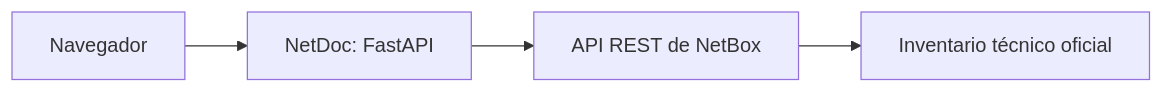
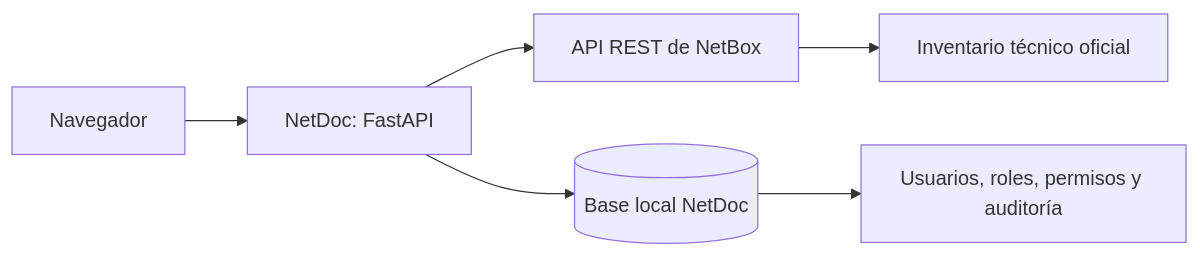
Before and after one commit to tito9903-byte/netdoc: the first of 2 diagrams in docs/ARCHITECTURE.md, drawn with Mermaid. The commit also changed other lines of this file, not shown here.

Commit message:
docs: describe access control architecture

````diff
--- a/docs/ARCHITECTURE.md
+++ b/docs/ARCHITECTURE.md
@@ -9,6 +7,8 @@
 ```mermaid
 flowchart LR
   U[Navegador] --> N[NetDoc: FastAPI]
   N --> B[API REST de NetBox]
   B --> I[Inventario técnico oficial]
+  N --> D[(Base local NetDoc)]
+  D --> A[Usuarios, roles, permisos y auditoría]
 ```
````
